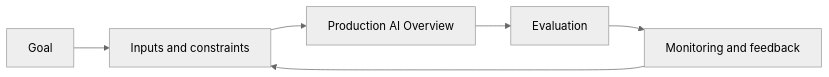
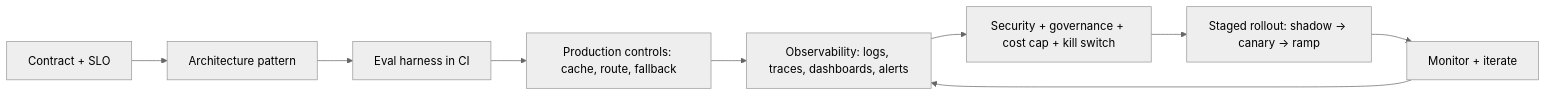
One commit to Icon1cc/Machine-Learning changed the diagram in production-ai/01-production-ai-overview.md. Above: the diagram before and after it, drawn with Mermaid (neutral theme). The commit also changed other lines of this file and 264 other files, not shown here.

````diff
--- a/production-ai/01-production-ai-overview.md
+++ b/production-ai/01-production-ai-overview.md
@@ -92,8 +236,11 @@
 ```mermaid
 flowchart LR
-    A[Goal] --> B[Inputs and constraints]
-    B --> C[Production AI Overview]
-    C --> D[Evaluation]
-    D --> E[Monitoring and feedback]
-    E --> B
+    C[Contract + SLO] --> A[Architecture pattern]
+    A --> H[Eval harness in CI]
+    H --> P[Production controls: cache, route, fallback]
+    P --> O[Observability: logs, traces, dashboards, alerts]
+    O --> S[Security + governance + cost cap + kill switch]
+    S --> R[Staged rollout: shadow -> canary -> ramp]
+    R --> M[Monitor + iterate]
+    M --> O
 ```
````
